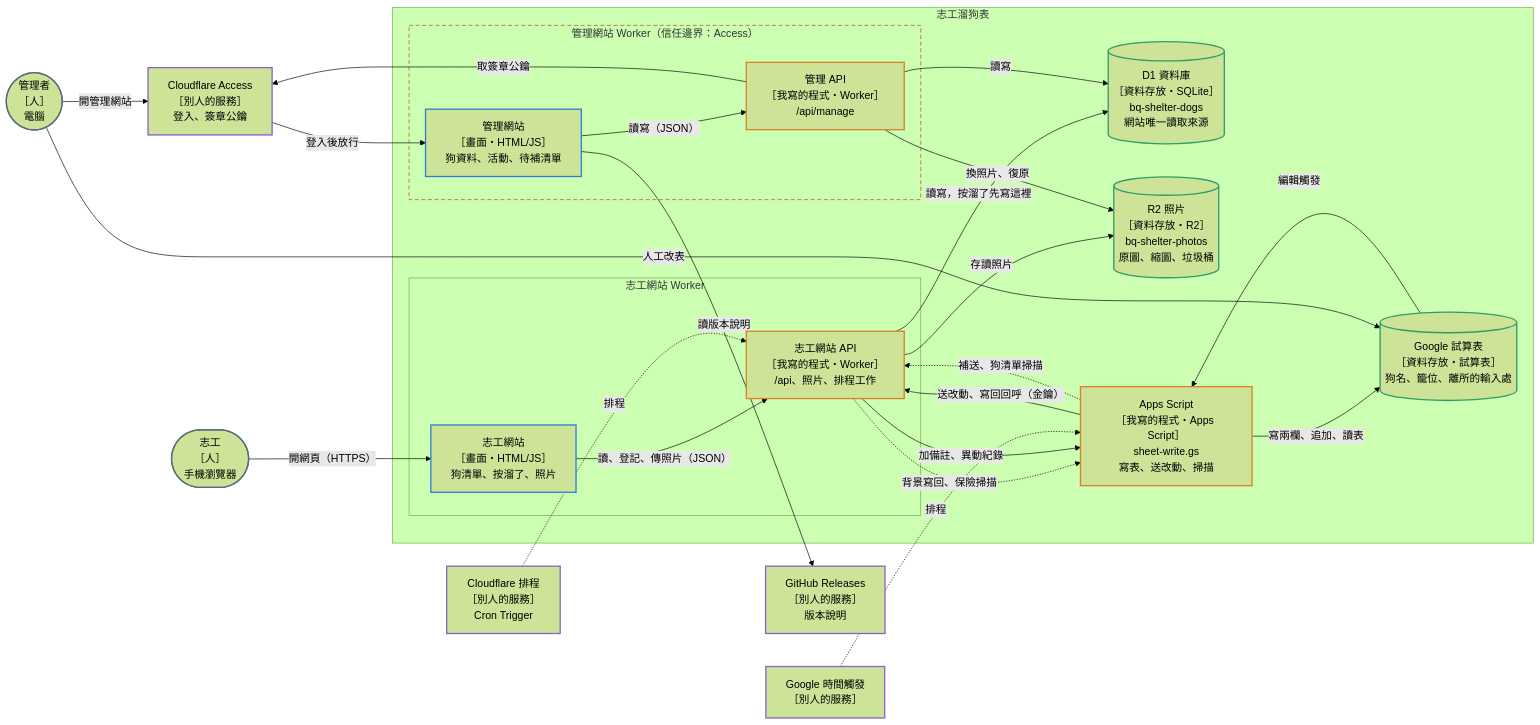
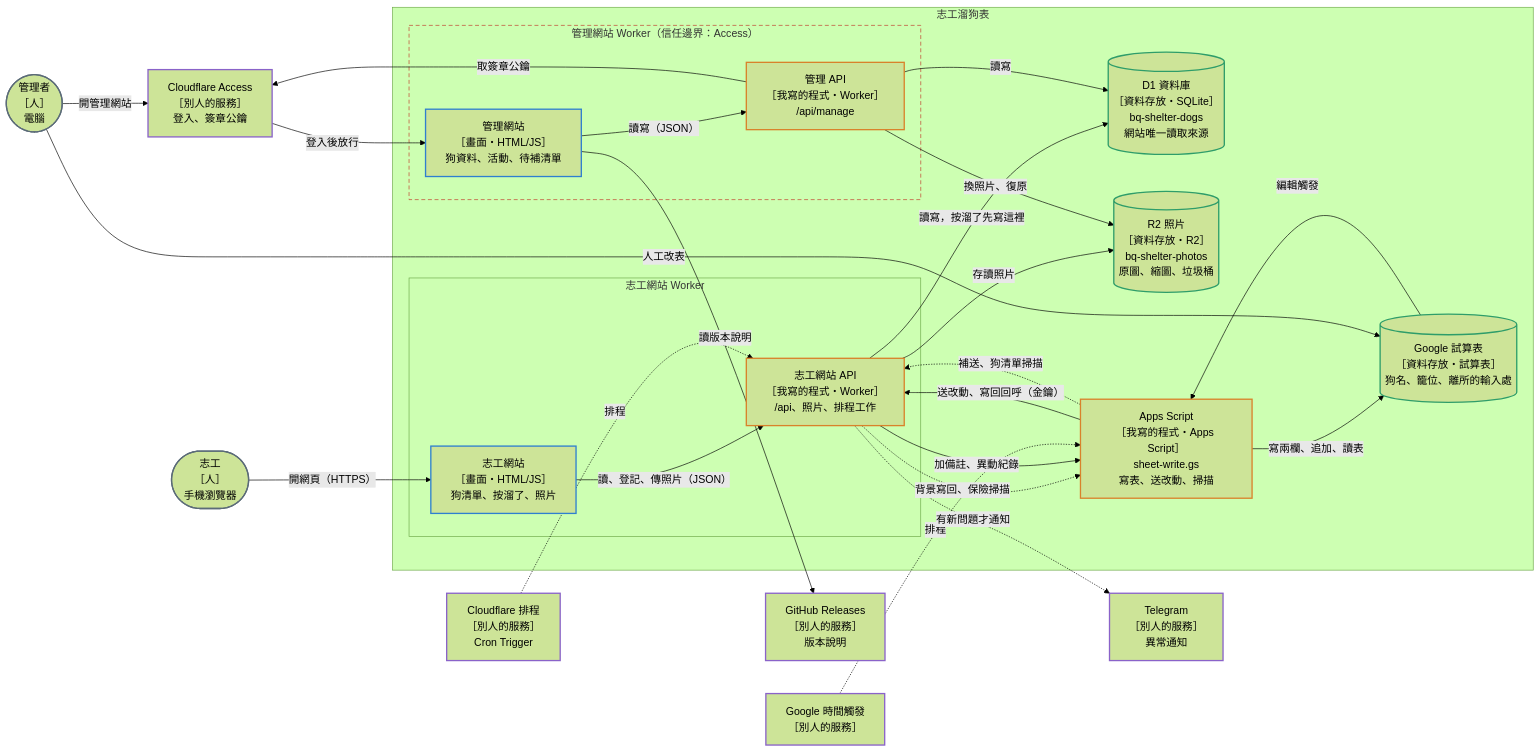
Before and after one commit to jiatsenK/bq-shelter-dogs: the first of 7 diagrams in docs/ARCHITECTURE.md, drawn with Mermaid (forest theme). The commit also changed other lines of this file and 12 other files, not shown here.

````diff
--- a/docs/ARCHITECTURE.md
+++ b/docs/ARCHITECTURE.md
@@ -12,56 +12,58 @@
 ```mermaid
 flowchart LR
   vol(["志工<br/>［人］<br/>手機瀏覽器"])
   mgr(["管理者<br/>［人］<br/>電腦"])
   cron["Cloudflare 排程<br/>［別人的服務］<br/>Cron Trigger"]
   access["Cloudflare Access<br/>［別人的服務］<br/>登入、簽章公鑰"]
   gh["GitHub Releases<br/>［別人的服務］<br/>版本說明"]
   gtrig["Google 時間觸發<br/>［別人的服務］"]
+  tg["Telegram<br/>［別人的服務］<br/>異常通知"]
   subgraph SYS["志工溜狗表"]
     subgraph VW["志工網站 Worker"]
       vweb["志工網站<br/>［畫面・HTML/JS］<br/>狗清單、按溜了、照片"]
       vapi["志工網站 API<br/>［我寫的程式・Worker］<br/>/api、照片、排程工作"]
     end
     subgraph AW["管理網站 Worker（信任邊界：Access）"]
       aweb["管理網站<br/>［畫面・HTML/JS］<br/>狗資料、活動、待補清單"]
       aapi["管理 API<br/>［我寫的程式・Worker］<br/>/api/manage"]
     end
     d1[("D1 資料庫<br/>［資料存放・SQLite］<br/>bq-shelter-dogs<br/>網站唯一讀取來源")]
     r2[("R2 照片<br/>［資料存放・R2］<br/>bq-shelter-photos<br/>原圖、縮圖、垃圾桶")]
     gas["Apps Script<br/>［我寫的程式・Apps Script］<br/>sheet-write.gs<br/>寫表、送改動、掃描"]
     sheet[("Google 試算表<br/>［資料存放・試算表］<br/>狗名、籠位、離所的輸入處")]
   end
 
   vol -->|開網頁（HTTPS）| vweb
   vweb -->|讀、登記、傳照片（JSON）| vapi
   vapi -->|讀寫，按溜了先寫這裡| d1
   vapi -->|存讀照片| r2
   vapi -.->|背景寫回、保險掃描| gas
   vapi -->|加備註、異動紀錄| gas
   gas -->|寫兩欄、追加、讀表| sheet
   mgr -->|人工改表| sheet
   sheet -->|編輯觸發| gas
   gas -->|送改動、寫回回呼（金鑰）| vapi
   gtrig -.->|排程| gas
   gas -.->|補送、狗清單掃描| vapi
   cron -.->|排程| vapi
+  vapi -.->|有新問題才通知| tg
   mgr -->|開管理網站| access
   access -->|登入後放行| aweb
   aweb -->|讀寫（JSON）| aapi
   aapi -->|取簽章公鑰| access
   aapi -->|讀寫| d1
   aapi -->|換照片、復原| r2
   aweb -->|讀版本說明| gh
 
   class vol,mgr person
   class vweb,aweb ui
   class vapi,aapi,gas code
   class d1,r2,sheet data
-  class cron,gtrig,access,gh ext
+  class cron,gtrig,access,gh,tg ext
   classDef person stroke:#5b6b78,stroke-width:2px
   classDef ui stroke:#2f7fd0,stroke-width:2px
   classDef code stroke:#d9822b,stroke-width:2px
   classDef data stroke:#2e9d6a,stroke-width:2px
   classDef ext stroke:#8a63c9,stroke-width:2px
   style AW stroke:#c0392b,stroke-dasharray:6 4
 ```
````
